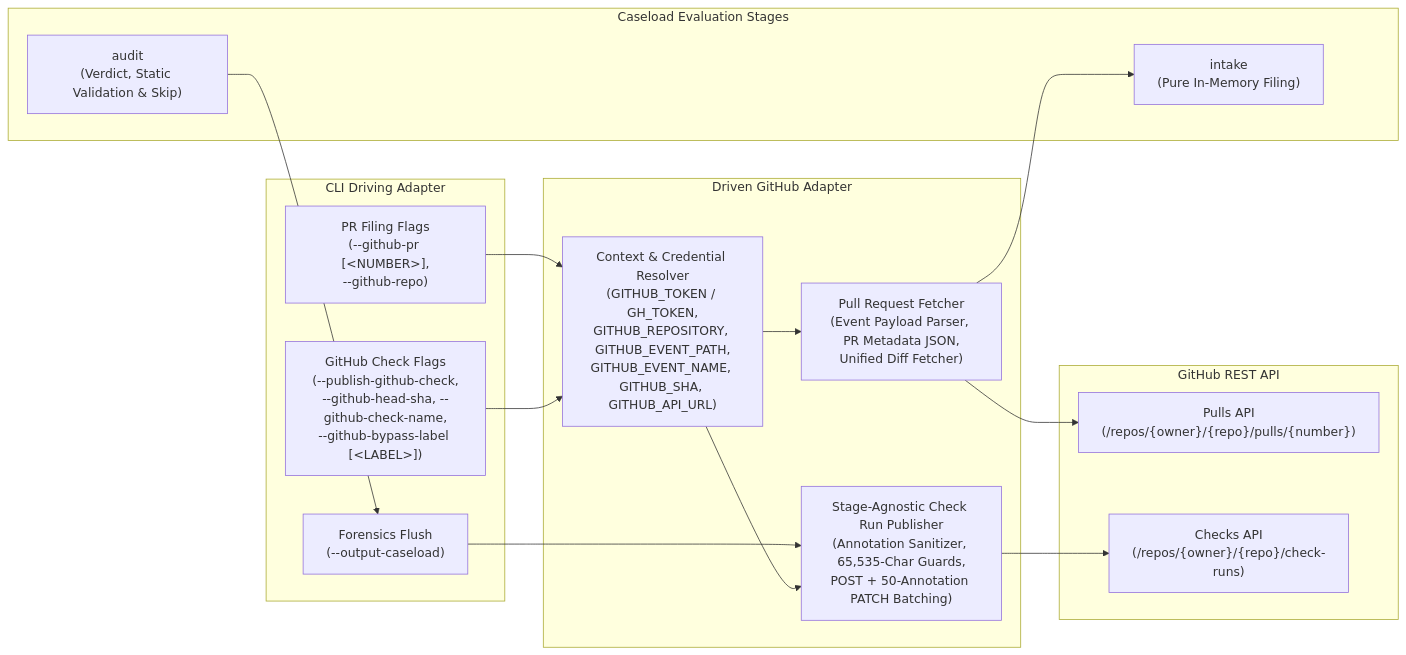
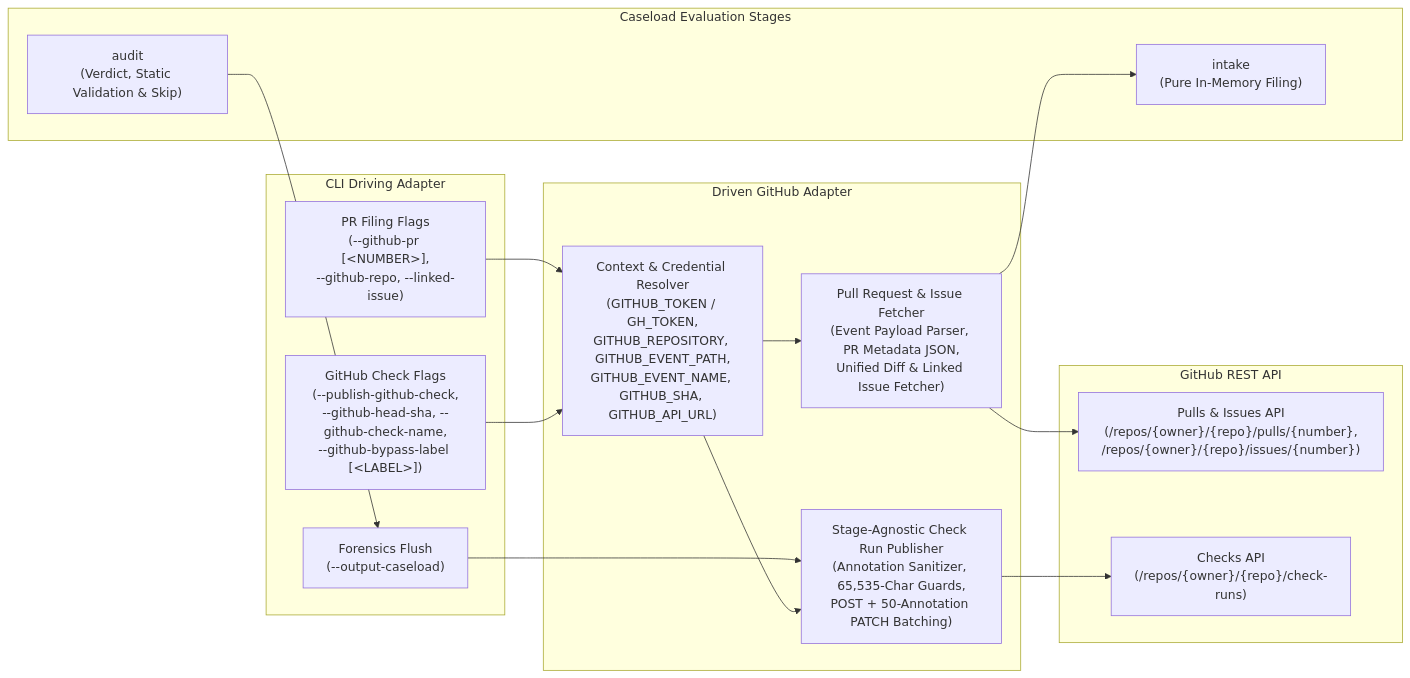
The diagram in docs/architecture/github.md (PAIR-code/canon-clerk), drawn with Mermaid before and after one commit. The commit also changed other lines of this file and 20 other files, not shown here.

First line of the commit message:
feat(core,cli,action): ingest linked_issues via GitHub API and CLI flags (#383) (#390)

````diff
--- a/docs/architecture/github.md
+++ b/docs/architecture/github.md
@@ -14,31 +14,31 @@
 ```mermaid
 flowchart LR
     subgraph Stages ["Caseload Evaluation Stages"]
         Intake["intake<br/>(Pure In-Memory Filing)"]
         Audit["audit<br/>(Verdict, Static Validation &amp; Skip)"]
     end
 
     subgraph CliBoundary ["CLI Driving Adapter"]
-        PrFlags["PR Filing Flags<br/>(--github-pr [&lt;NUMBER&gt;],<br/>--github-repo)"]
+        PrFlags["PR Filing Flags<br/>(--github-pr [&lt;NUMBER&gt;],<br/>--github-repo, --linked-issue)"]
         CheckFlags["GitHub Check Flags<br/>(--publish-github-check,<br/>--github-head-sha, --github-check-name,<br/>--github-bypass-label [&lt;LABEL&gt;])"]
         Forensics["Forensics Flush<br/>(--output-caseload)"]
     end
 
     subgraph GithubAdapter ["Driven GitHub Adapter"]
         Context["Context &amp; Credential Resolver<br/>(GITHUB_TOKEN / GH_TOKEN,<br/>GITHUB_REPOSITORY, GITHUB_EVENT_PATH,<br/>GITHUB_EVENT_NAME, GITHUB_SHA, GITHUB_API_URL)"]
-        PrFetcher["Pull Request Fetcher<br/>(Event Payload Parser, PR Metadata JSON,<br/>Unified Diff Fetcher)"]
+        PrFetcher["Pull Request &amp; Issue Fetcher<br/>(Event Payload Parser, PR Metadata JSON,<br/>Unified Diff &amp; Linked Issue Fetcher)"]
         Publisher["Stage-Agnostic Check Run Publisher<br/>(Annotation Sanitizer, 65,535-Char Guards,<br/>POST + 50-Annotation PATCH Batching)"]
     end
 
     subgraph GitHub ["GitHub REST API"]
-        Pulls["Pulls API<br/>(/repos/{owner}/{repo}/pulls/{number})"]
+        Pulls["Pulls &amp; Issues API<br/>(/repos/{owner}/{repo}/pulls/{number},<br/>/repos/{owner}/{repo}/issues/{number})"]
         Checks["Checks API<br/>(/repos/{owner}/{repo}/check-runs)"]
     end
 
     PrFlags --> Context
     CheckFlags --> Context
     Context --> PrFetcher --> Pulls
     PrFetcher --> Intake
     Audit --> Forensics --> Publisher --> Checks
     Context --> Publisher
 ```
````
